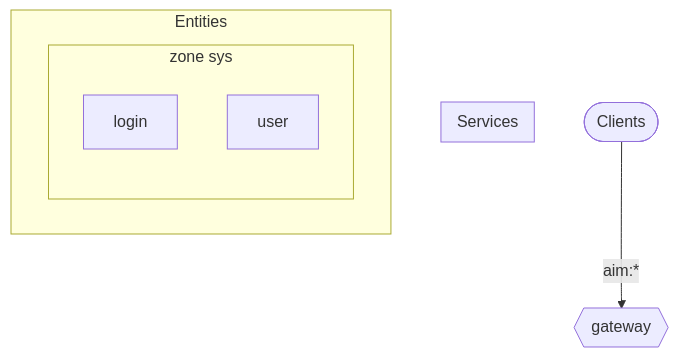
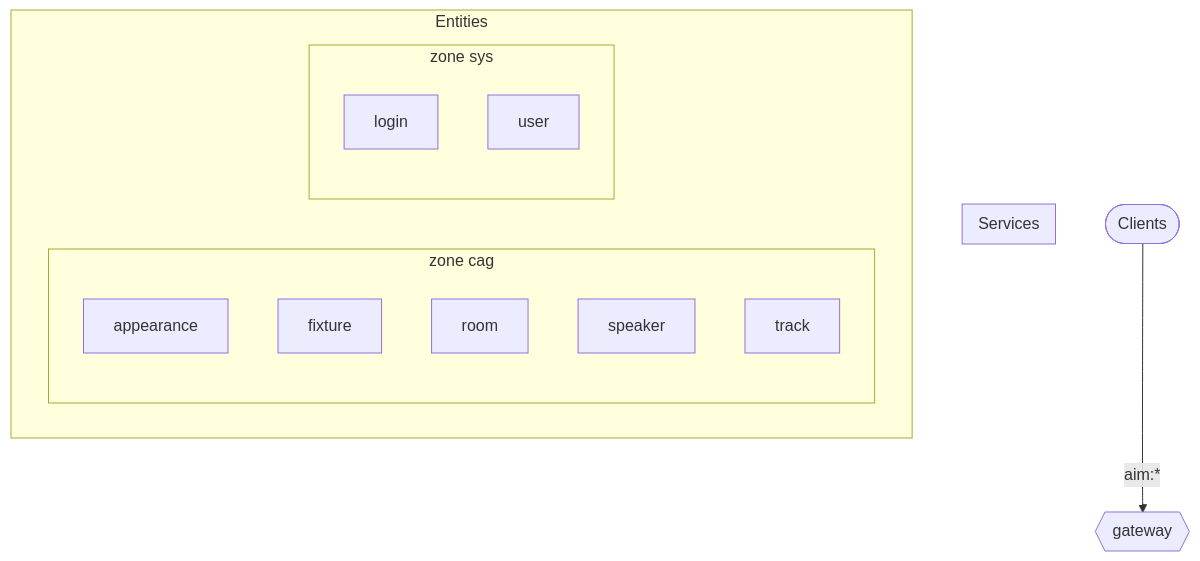
One commit to voxgig/conf-agenda changed the first of 2 diagrams in docs/reference/system-map.md. Above: the diagram before and after it, drawn with Mermaid. The commit also changed 9 other files, not shown here.

````diff
--- a/docs/reference/system-map.md
+++ b/docs/reference/system-map.md
@@ -10,12 +10,19 @@
 ```mermaid
 flowchart TB
   client([Clients]) -->|aim:*| gateway{{gateway}}
   subgraph services[Services]
   end
   subgraph data[Entities]
+    subgraph zone_cag[zone cag]
+      cag_appearance[appearance]
+      cag_fixture[fixture]
+      cag_room[room]
+      cag_speaker[speaker]
+      cag_track[track]
+    end
     subgraph zone_sys[zone sys]
       sys_login[login]
       sys_user[user]
     end
   end
 ```
````
